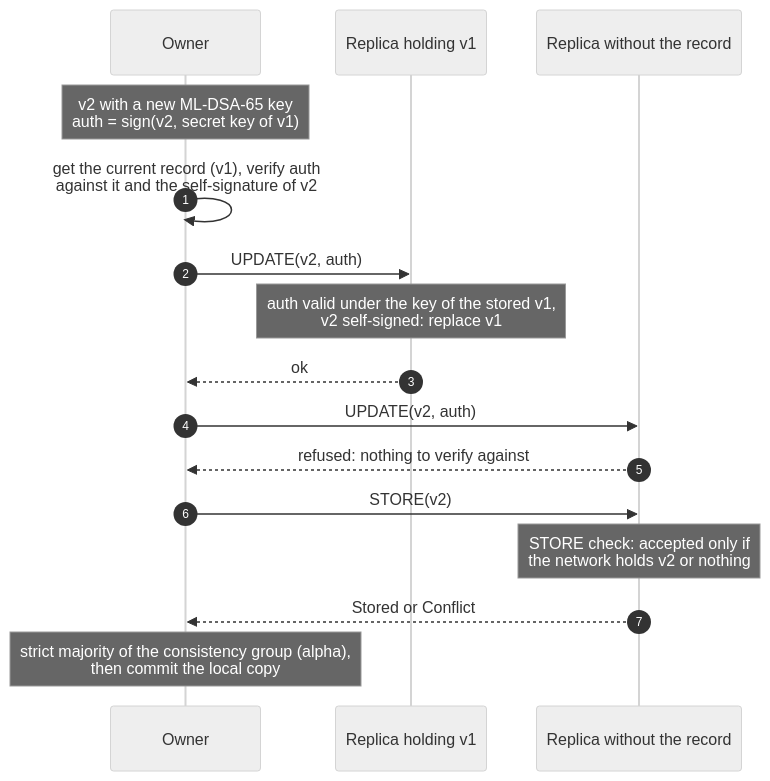
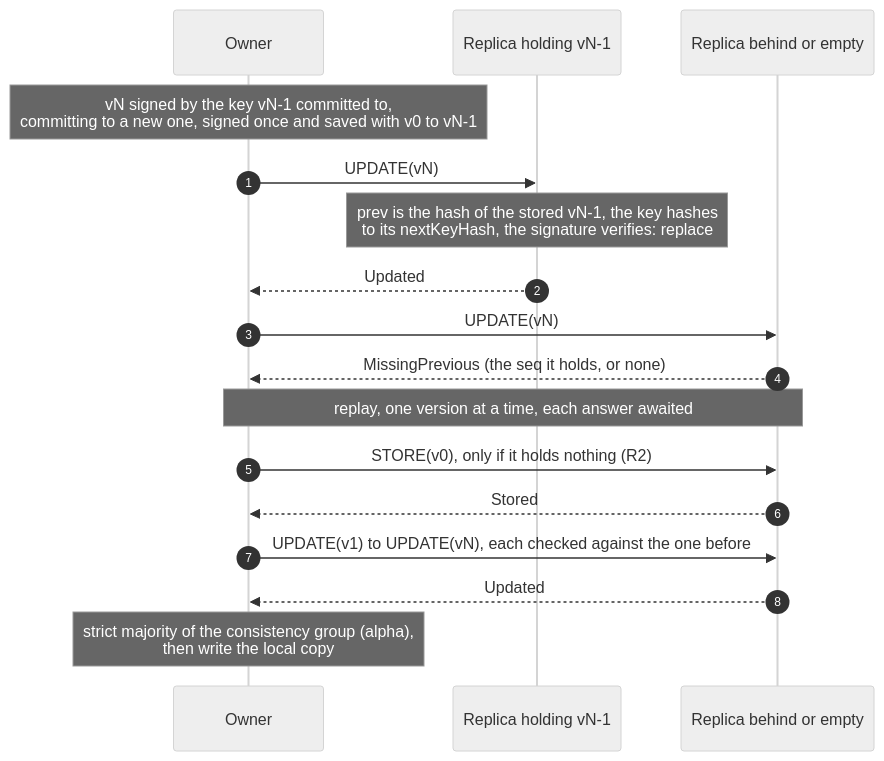
The diagram in docs/design/update.mmd (fratrung/auth-kademlia-rs), drawn with Mermaid (neutral theme) before and after one commit. The commit also changed 8 other files, not shown here.

First line of the commit message:
docs: describe self-certifying DIDs and version chains

```diff
--- a/docs/design/update.mmd
+++ b/docs/design/update.mmd
@@ -1,16 +1,17 @@
 sequenceDiagram
     autonumber
     participant O as Owner
-    participant R1 as Replica holding v1
-    participant R2 as Replica without the record
-    Note over O: v2 with a new ML-DSA-65 key<br/>auth = sign(v2, secret key of v1)
-    O->>O: get the current record (v1), verify auth<br/>against it and the self-signature of v2
-    O->>R1: UPDATE(v2, auth)
-    Note over R1: auth valid under the key of the stored v1,<br/>v2 self-signed: replace v1
-    R1-->>O: ok
-    O->>R2: UPDATE(v2, auth)
-    R2-->>O: refused: nothing to verify against
-    O->>R2: STORE(v2)
-    Note over R2: STORE check: accepted only if<br/>the network holds v2 or nothing
-    R2-->>O: Stored or Conflict
-    Note over O: strict majority of the consistency group (alpha),<br/>then commit the local copy
+    participant R1 as Replica holding vN-1
+    participant R2 as Replica behind or empty
+    Note over O: vN signed by the key vN-1 committed to,<br/>committing to a new one, signed once and saved with v0 to vN-1
+    O->>R1: UPDATE(vN)
+    Note over R1: prev is the hash of the stored vN-1, the key hashes<br/>to its nextKeyHash, the signature verifies: replace
+    R1-->>O: Updated
+    O->>R2: UPDATE(vN)
+    R2-->>O: MissingPrevious (the seq it holds, or none)
+    Note over O,R2: replay, one version at a time, each answer awaited
+    O->>R2: STORE(v0), only if it holds nothing (R2)
+    R2-->>O: Stored
+    O->>R2: UPDATE(v1) to UPDATE(vN), each checked against the one before
+    R2-->>O: Updated
+    Note over O: strict majority of the consistency group (alpha),<br/>then write the local copy
```
